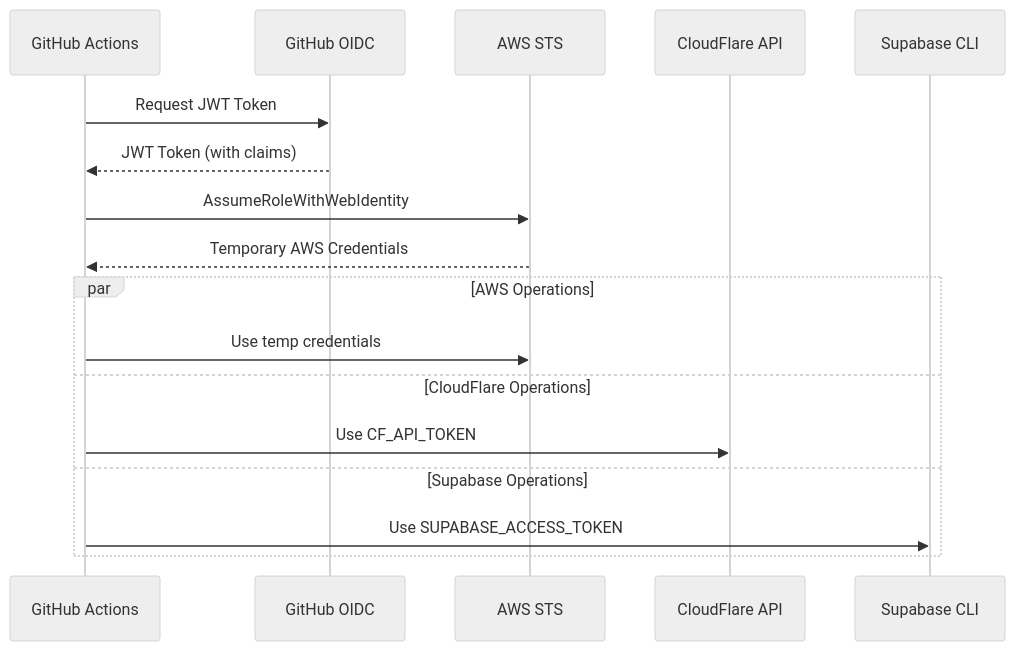
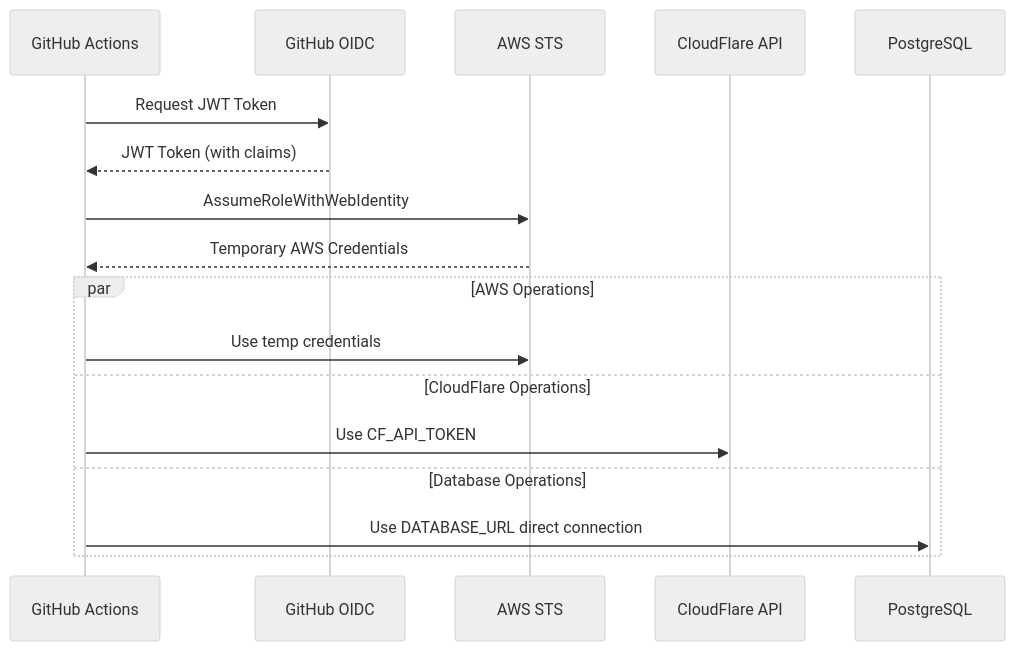
Before and after one commit to rimanem18/hoxt-backlog: the third of 9 diagrams in docs/design/continuous-deployment/dataflow.md, drawn with Mermaid (neutral theme). The commit also changed other lines of this file and 6 other files, not shown here.

````diff
--- a/docs/design/continuous-deployment/dataflow.md
+++ b/docs/design/continuous-deployment/dataflow.md
@@ -45,21 +51,21 @@
 ```mermaid
 sequenceDiagram
     participant GHA as GitHub Actions
     participant OIDC as GitHub OIDC
     participant STS as AWS STS
     participant CF as CloudFlare API
-    participant SUP as Supabase CLI
+    participant DB as PostgreSQL
     
     GHA->>OIDC: Request JWT Token
     OIDC-->>GHA: JWT Token (with claims)
     GHA->>STS: AssumeRoleWithWebIdentity
     STS-->>GHA: Temporary AWS Credentials
     
     par AWS Operations
         GHA->>STS: Use temp credentials
     and CloudFlare Operations
         GHA->>CF: Use CF_API_TOKEN
-    and Supabase Operations
-        GHA->>SUP: Use SUPABASE_ACCESS_TOKEN
+    and Database Operations
+        GHA->>DB: Use DATABASE_URL direct connection
     end
 ```
````
